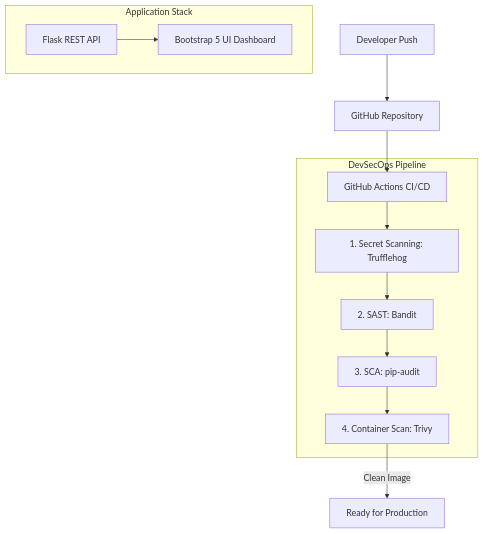
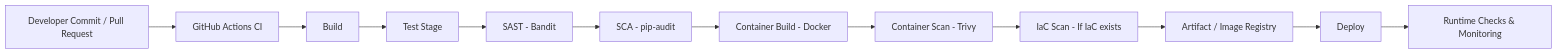
One commit to hamzahssaini/devsecops-secure-pipeline changed the diagram in docs/REPORT.md. Above: the diagram before and after it, drawn with Mermaid. The commit also changed other lines of this file and 1 other file, not shown here.

First line of the commit message:
docs: rewrite presentation and report for professional DevSecOps demo

````diff
--- a/docs/REPORT.md
+++ b/docs/REPORT.md
@@ -9,18 +36,14 @@
 ```mermaid
-graph TD
-    A[Developer Push] --> B[GitHub Repository]
-    B --> C[GitHub Actions CI/CD]
-    
-    subgraph DevSecOps Pipeline
-    C --> D[1. Secret Scanning: Trufflehog]
-    D --> E[2. SAST: Bandit]
-    E --> F[3. SCA: pip-audit]
-    F --> G[4. Container Scan: Trivy]
-    end
-    
-    G -->|Clean Image| H[Ready for Production]
-    
-    subgraph Application Stack
-    I[Flask REST API] --> J[Bootstrap 5 UI Dashboard]
-    end
+graph LR
+    A[Developer Commit / Pull Request] --> B[GitHub Actions CI]
+    B --> C[Build]
+    C --> D[Test Stage]
+    D --> E[SAST - Bandit]
+    E --> F[SCA - pip-audit]
+    F --> G[Container Build - Docker]
+    G --> H[Container Scan - Trivy]
+    H --> I[IaC Scan - If IaC exists]
+    I --> J[Artifact / Image Registry]
+    J --> K[Deploy]
+    K --> L[Runtime Checks & Monitoring]
 ```
````
